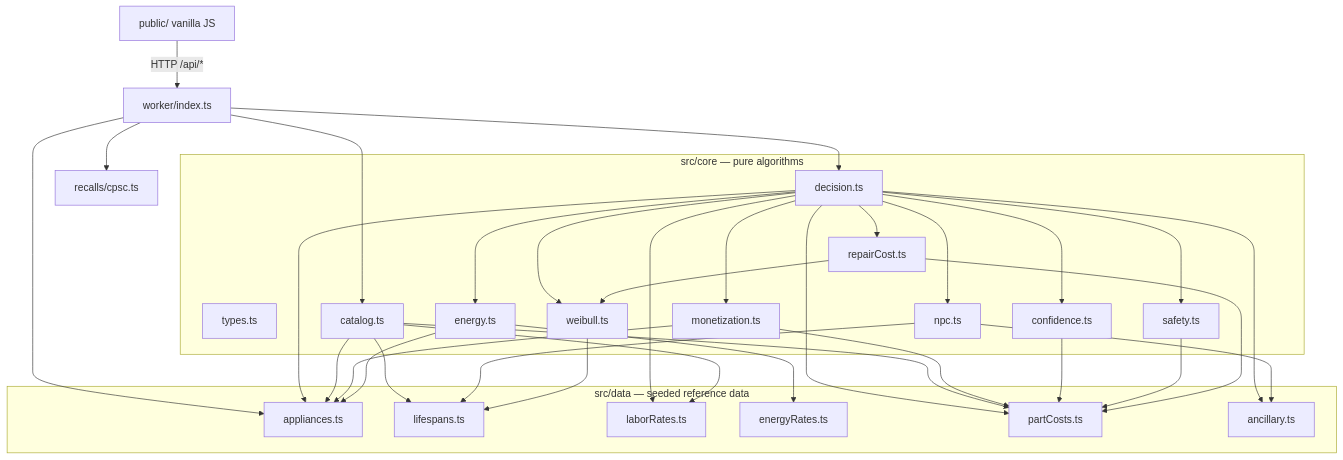
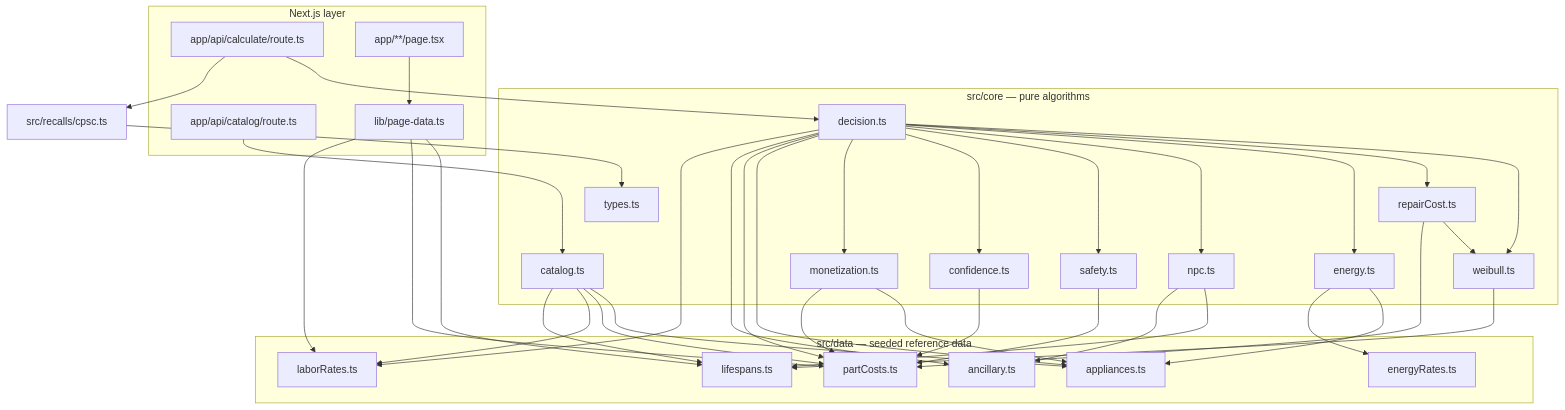
Before and after one commit to kevynsgrin-a11y/Fix-Replace: the third of 3 diagrams in docs/ARCHITECTURE.md, drawn with Mermaid. The commit also changed other lines of this file and 51 other files, not shown here.

````diff
--- a/docs/ARCHITECTURE.md
+++ b/docs/ARCHITECTURE.md
@@ -127,62 +172,71 @@
 ```mermaid
 graph TD
   subgraph data["src/data — seeded reference data"]
     appliances[appliances.ts]
     lifespans[lifespans.ts]
     laborRates[laborRates.ts]
     energyRates[energyRates.ts]
     partCosts[partCosts.ts]
     ancillary[ancillary.ts]
   end
 
   subgraph core["src/core — pure algorithms"]
     types[types.ts]
     weibull[weibull.ts]
     repairCost[repairCost.ts]
     energy[energy.ts]
     npc[npc.ts]
     safety[safety.ts]
     confidence[confidence.ts]
     monetization[monetization.ts]
     catalog[catalog.ts]
     decision[decision.ts]
   end
 
-  recalls[recalls/cpsc.ts]
-  worker[worker/index.ts]
-  frontend[public/ vanilla JS]
+  recalls["src/recalls/cpsc.ts"]
+
+  subgraph app["Next.js layer"]
+    calcRoute["app/api/calculate/route.ts"]
+    catRoute["app/api/catalog/route.ts"]
+    pageData["lib/page-data.ts"]
+    pages["app/**/page.tsx"]
+  end
 
   weibull --> lifespans
   repairCost --> weibull
   repairCost --> partCosts
   energy --> appliances
   energy --> energyRates
   npc --> lifespans
   npc --> ancillary
   safety --> partCosts
   confidence --> partCosts
   monetization --> appliances
   monetization --> partCosts
   catalog --> appliances
   catalog --> partCosts
   catalog --> laborRates
   catalog --> lifespans
 
   decision --> weibull
   decision --> repairCost
   decision --> energy
   decision --> npc
   decision --> safety
   decision --> confidence
   decision --> monetization
   decision --> appliances
   decision --> partCosts
   decision --> ancillary
   decision --> laborRates
 
-  worker --> decision
-  worker --> catalog
-  worker --> recalls
-  worker --> appliances
-  frontend -->|"HTTP /api/*"| worker
+  recalls --> types
+
+  calcRoute --> decision
+  calcRoute --> recalls
+  catRoute --> catalog
+  pageData --> lifespans
+  pageData --> partCosts
+  pageData --> laborRates
+  pages --> pageData
 ```
````
